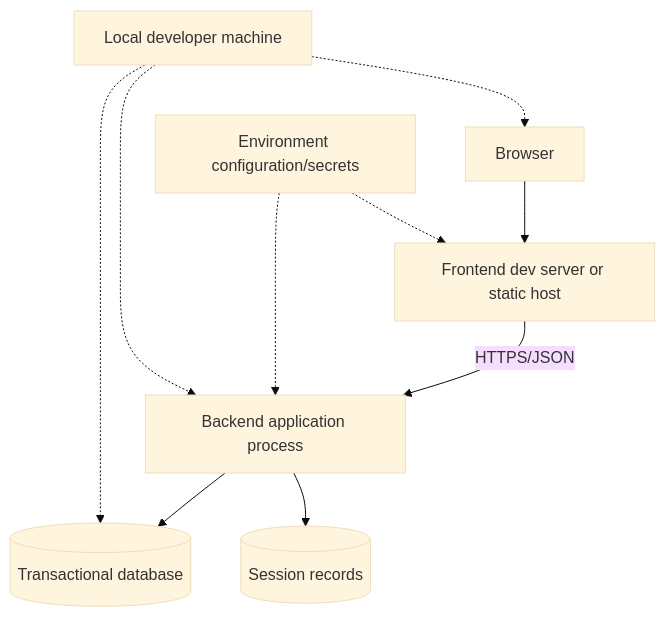
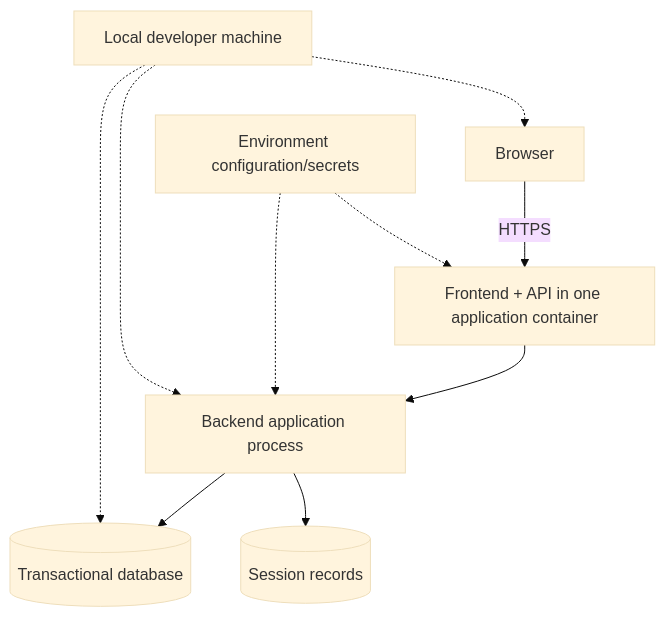
One commit to Ttime52/EventCheck changed the tenth of 11 diagrams in docs/system-sds.md. Above: the diagram before and after it, drawn with Mermaid (base theme). The commit also changed other lines of this file, not shown here.

````diff
--- a/docs/system-sds.md
+++ b/docs/system-sds.md
@@ -367,19 +461,19 @@
 ```mermaid
 flowchart TB
     Dev[Local developer machine]
     Browser[Browser]
-    Web[Frontend dev server or static host]
+    Web[Frontend + API in one application container]
     App[Backend application process]
     DB[(Transactional database)]
     Sess[(Session records)]
     Env[Environment configuration/secrets]
-    Browser --> Web
-    Web -->|HTTPS/JSON| App
+    Browser -->|HTTPS| Web
+    Web --> App
     App --> DB
     App --> Sess
     Env -.-> Web
     Env -.-> App
     Dev -.-> Browser
     Dev -.-> App
     Dev -.-> DB
 ```
````
